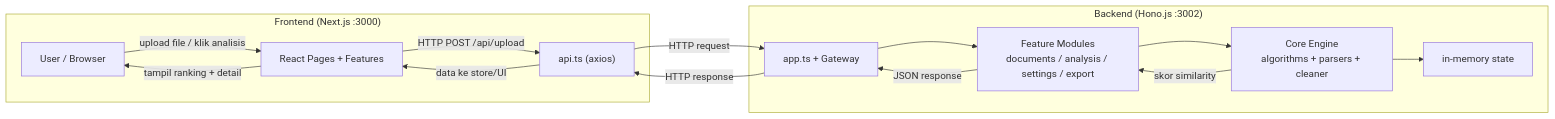
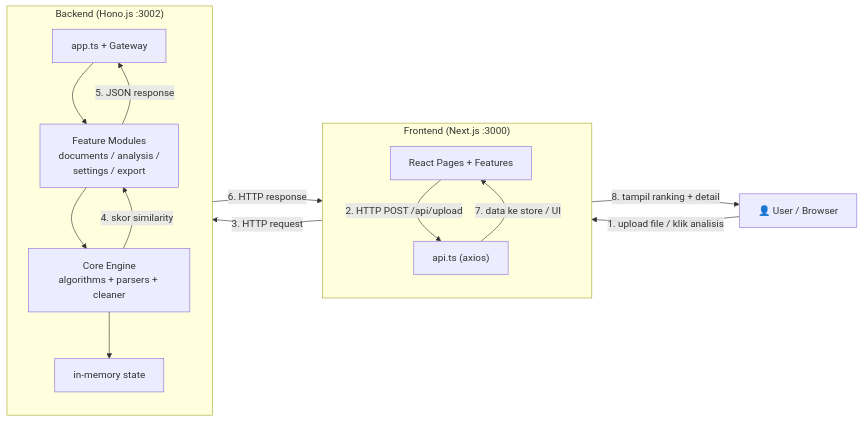
Before and after one commit to zenith-id/plagiarism-checker: the third of 3 diagrams in README.md, drawn with Mermaid. The commit also changed other lines of this file, not shown here.

Commit message:
docs(readme): perjelas diagram arsitektur root

````diff
--- a/README.md
+++ b/README.md
@@ -124,25 +143,28 @@
 ```mermaid
 flowchart LR
+    U["👤 User / Browser"]
+
     subgraph FE["Frontend (Next.js :3000)"]
-        U["User / Browser"]
+        direction TB
         FX["React Pages + Features"]
         FAPI["api.ts (axios)"]
     end
 
     subgraph BE["Backend (Hono.js :3002)"]
+        direction TB
         BAPI["app.ts + Gateway"]
-        MOD["Feature Modules<br/>documents / analysis / settings / export"]
+        MOD["Feature Modules<br/>documents / analysis /<br/>settings / export"]
         ENG["Core Engine<br/>algorithms + parsers + cleaner"]
         ST["in-memory state"]
     end
 
-    U -->|upload file / klik analisis| FX
-    FX -->|HTTP POST /api/upload| FAPI
-    FAPI -->|HTTP request| BAPI
+    U -->|"1. upload file / klik analisis"| FX
+    FX -->|"2. HTTP POST /api/upload"| FAPI
+    FAPI -->|"3. HTTP request"| BAPI
     BAPI --> MOD --> ENG --> ST
-    ENG -->|skor similarity| MOD
-    MOD -->|JSON response| BAPI
-    BAPI -->|HTTP response| FAPI
-    FAPI -->|data ke store/UI| FX
-    FX -->|tampil ranking + detail| U
+    ENG -->|"4. skor similarity"| MOD
+    MOD -->|"5. JSON response"| BAPI
+    BAPI -->|"6. HTTP response"| FAPI
+    FAPI -->|"7. data ke store / UI"| FX
+    FX -->|"8. tampil ranking + detail"| U
 ```
````
